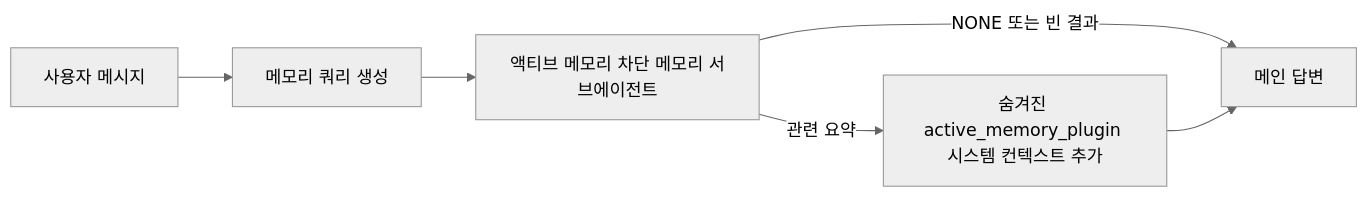
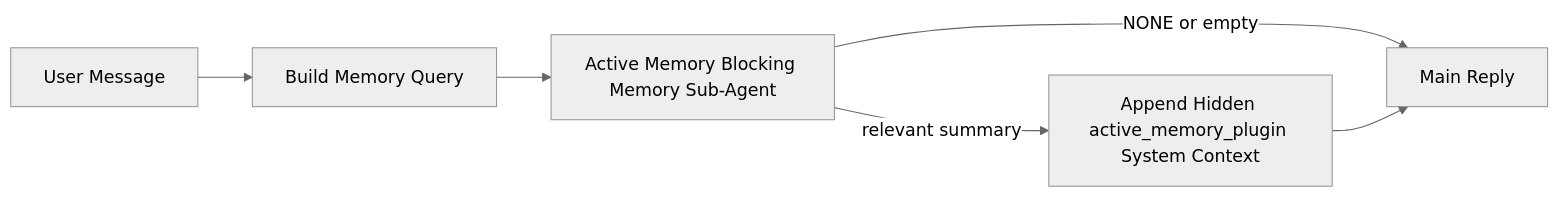
Before and after one commit to jkf87/openclaw-docs-ko: the diagram in ko/concepts/active-memory.md, drawn with Mermaid (neutral theme). The commit also changed other lines of this file and 137 other files, not shown here.

````diff
--- a/ko/concepts/active-memory.md
+++ b/ko/concepts/active-memory.md
@@ -258,8 +265,8 @@
 ```mermaid
 flowchart LR
-  U["사용자 메시지"] --> Q["메모리 쿼리 생성"]
-  Q --> R["액티브 메모리 차단 메모리 서브에이전트"]
-  R -->|NONE 또는 빈 결과| M["메인 답변"]
-  R -->|관련 요약| I["숨겨진 active_memory_plugin 시스템 컨텍스트 추가"]
-  I --> M["메인 답변"]
+  U["User Message"] --> Q["Build Memory Query"]
+  Q --> R["Active Memory Blocking Memory Sub-Agent"]
+  R -->|NONE or empty| M["Main Reply"]
+  R -->|relevant summary| I["Append Hidden active_memory_plugin System Context"]
+  I --> M["Main Reply"]
 ```
````
